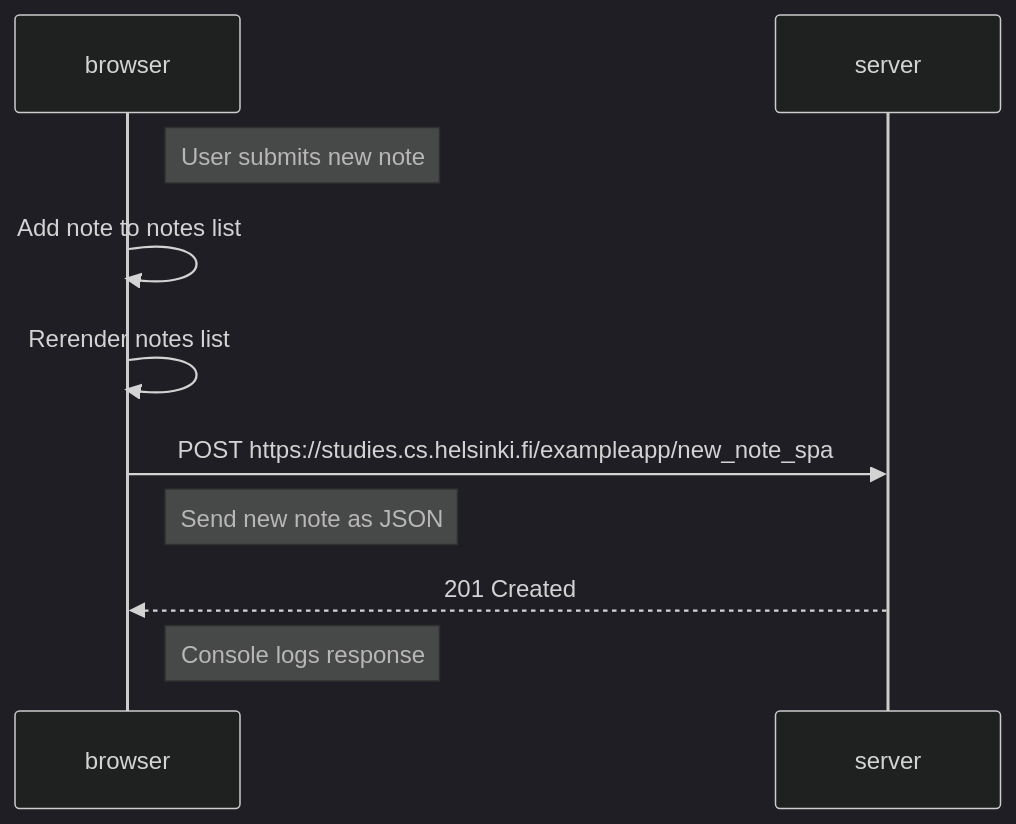
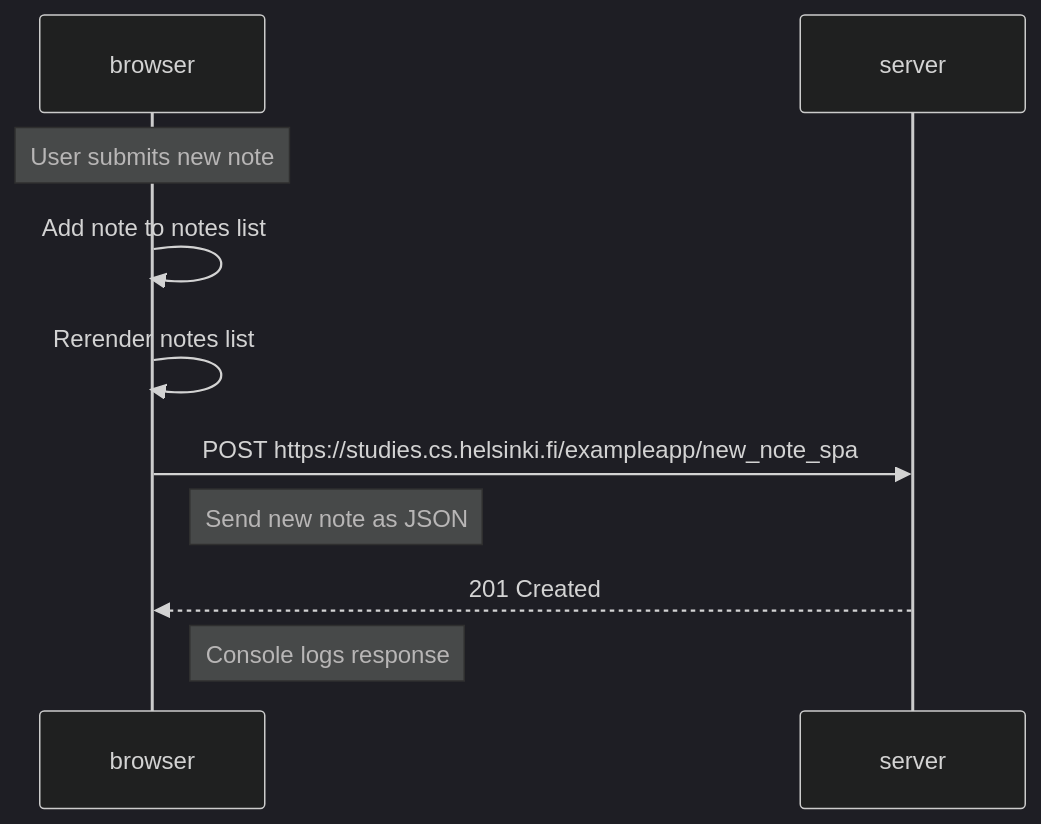
Before and after one commit to karnaker/fullstackopen-exercises: the diagram in part0/0.6-new-note-spa-diagram.md, drawn with Mermaid (dark theme).

Commit message:
Solve 0.6: Fix note over browser

````diff
--- a/part0/0.6-new-note-spa-diagram.md
+++ b/part0/0.6-new-note-spa-diagram.md
@@ -1,13 +1,13 @@
 ```mermaid
 sequenceDiagram
     participant browser
     participant server
 
-    Note right of browser: User submits new note
+    Note over browser: User submits new note
     browser->>browser: Add note to notes list
     browser->>browser: Rerender notes list
     browser->>server: POST https://studies.cs.helsinki.fi/exampleapp/new_note_spa
     Note right of browser: Send new note as JSON
     server-->>browser: 201 Created
     Note right of browser: Console logs response
 ```
````
